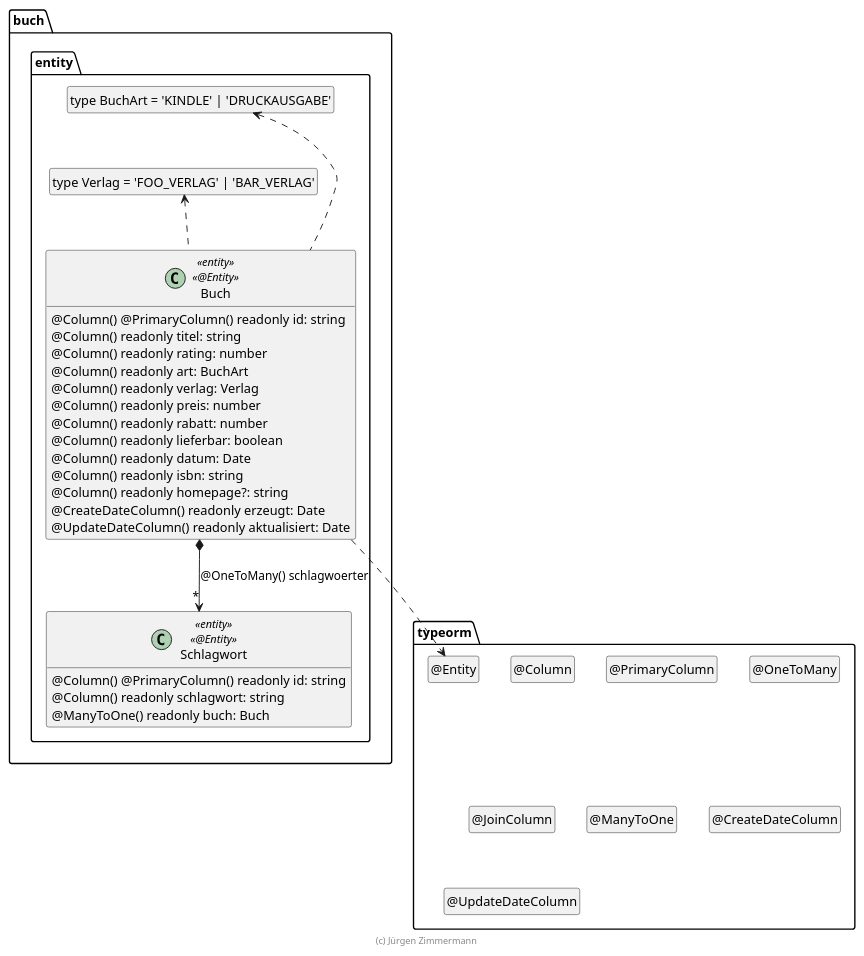
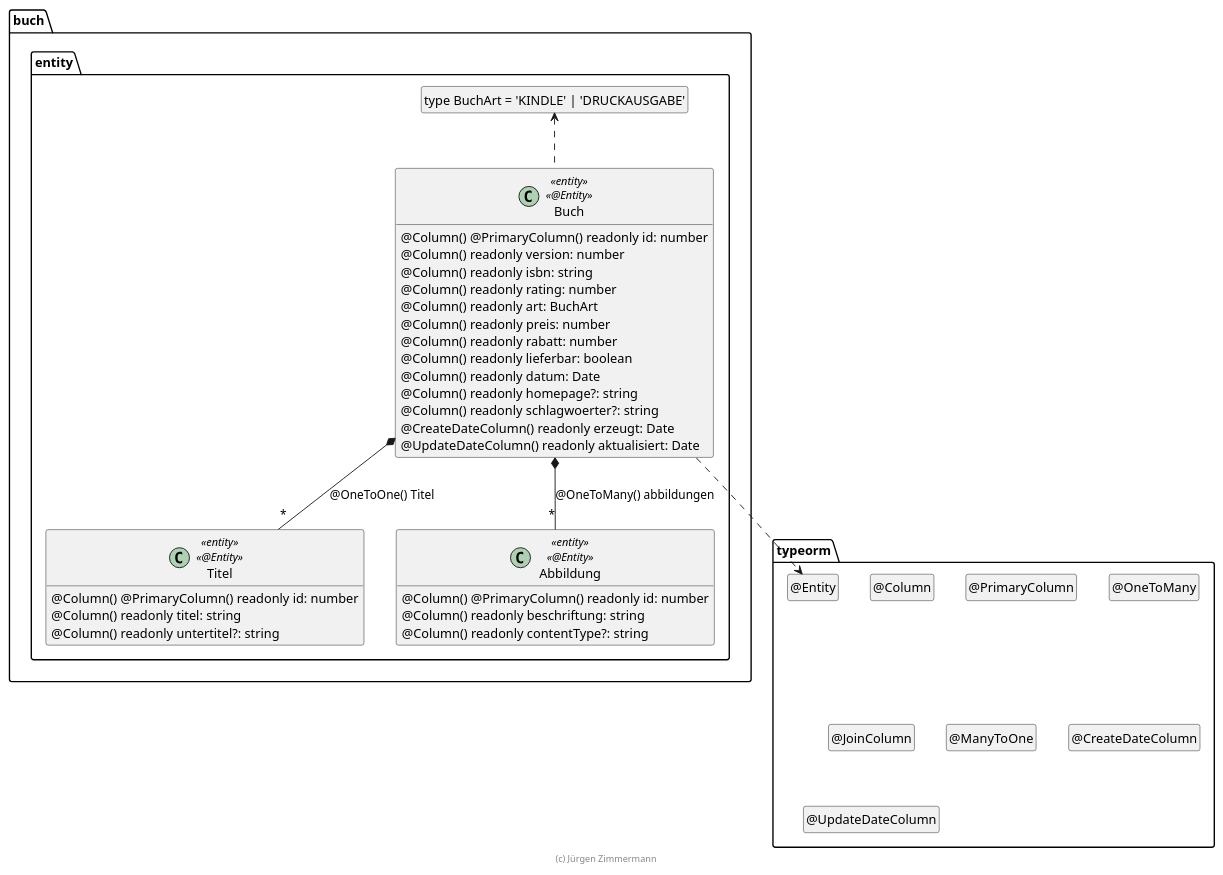
Before and after one commit to danielptv/buch: the diagram in .extras/doc/entwicklerhandbuch/Buch.plantuml, drawn with PlantUML. The commit also changed 9 other files, not shown here.

```diff
--- a/.extras/doc/entwicklerhandbuch/Buch.plantuml
+++ b/.extras/doc/entwicklerhandbuch/Buch.plantuml
@@ -18,63 +18,64 @@
 @startuml Entity
 
 package typeorm {
   class "@Entity" as Entity
   hide Entity circle
   class "@Column" as Column
   hide Column circle
   class "@PrimaryColumn" as PrimaryColumn
   hide PrimaryColumn circle
   class "@OneToMany" as OneToMany
   hide OneToMany circle
   class "@JoinColumn" as JoinColumn
   hide JoinColumn circle
   class "@ManyToOne" as ManyToOne
   hide ManyToOne circle
   class "@CreateDateColumn" as CreateDateColumn
   hide CreateDateColumn circle
   class "@UpdateDateColumn" as UpdateDateColumn
   hide UpdateDateColumn circle
 }
 
 package buch.entity {
   class "type BuchArt = 'KINDLE' | 'DRUCKAUSGABE'" as BuchArt
   hide BuchArt circle
 
-  class "type Verlag = 'FOO_VERLAG' | 'BAR_VERLAG'" as Verlag
-  hide Verlag circle
-
   class Buch <<entity>> <<@Entity>> {
-    @Column() @PrimaryColumn() readonly id: string
-    @Column() readonly titel: string
+    @Column() @PrimaryColumn() readonly id: number
+    @Column() readonly version: number
+    @Column() readonly isbn: string
     @Column() readonly rating: number
     @Column() readonly art: BuchArt
-    @Column() readonly verlag: Verlag
     @Column() readonly preis: number
     @Column() readonly rabatt: number
     @Column() readonly lieferbar: boolean
     @Column() readonly datum: Date
-    @Column() readonly isbn: string
     @Column() readonly homepage?: string
+    @Column() readonly schlagwoerter?: string
     @CreateDateColumn() readonly erzeugt: Date
     @UpdateDateColumn() readonly aktualisiert: Date
   }
 
-  class Schlagwort <<entity>> <<@Entity>> {
-    @Column() @PrimaryColumn() readonly id: string
-    @Column() readonly schlagwort: string
-    @ManyToOne() readonly buch: Buch
+  class Titel <<entity>> <<@Entity>> {
+    @Column() @PrimaryColumn() readonly id: number
+    @Column() readonly titel: string
+    @Column() readonly untertitel?: string
+  }
+
+  class Abbildung <<entity>> <<@Entity>> {
+    @Column() @PrimaryColumn() readonly id: number
+    @Column() readonly beschriftung: string
+    @Column() readonly contentType?: string
   }
 
   Buch ..> Entity
-  Buch *--> "*" Schlagwort : @OneToMany() schlagwoerter
+  Buch *-- "*" Titel : @OneToOne() Titel
+  Buch *-- "*" Abbildung : @OneToMany() abbildungen
   Buch .up.> BuchArt
-  Buch .up.> Verlag
-
-  BuchArt .[hidden].> Verlag
 }
 
 hide empty members
 
 footer (c) Jürgen Zimmermann
 
 @enduml
```
